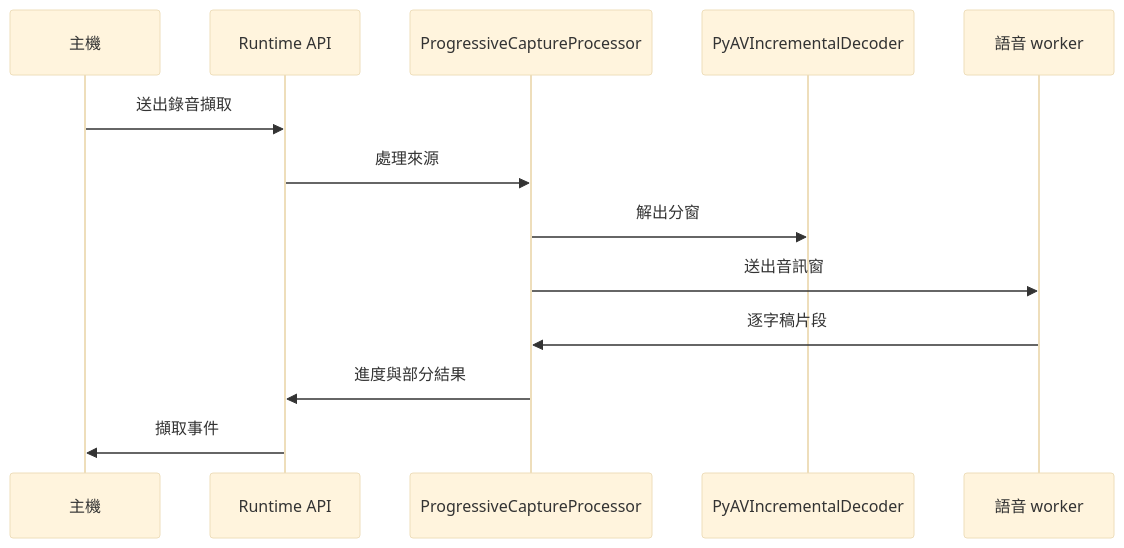
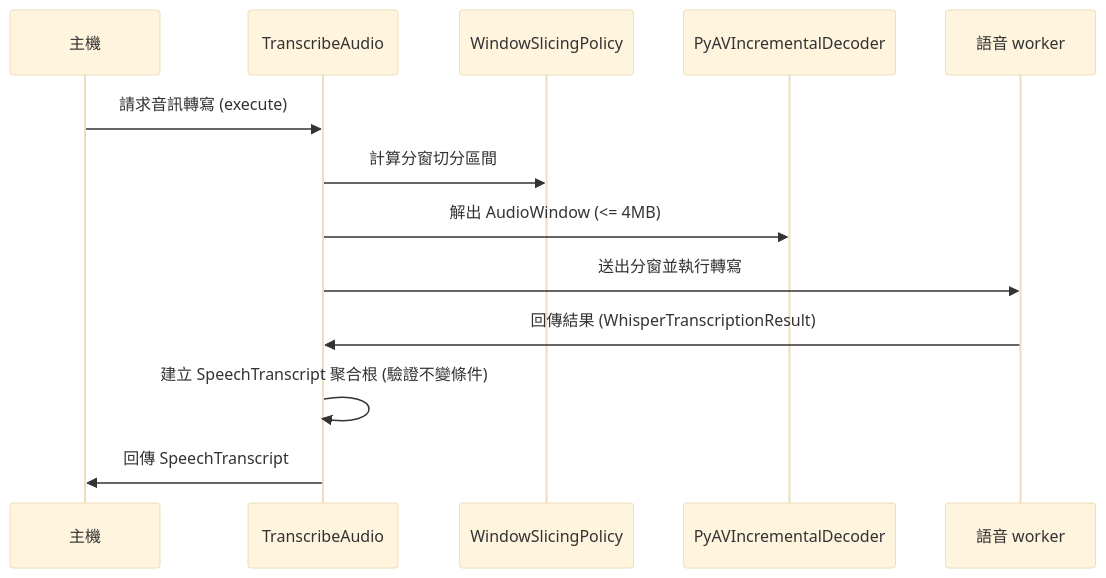
Before and after one commit to gx-capture/capture-workbench: the second of 2 diagrams in docs/domain/speech.md, drawn with Mermaid (base theme). The commit also changed other lines of this file and 15 other files, not shown here.

Commit message:
refactor(runtime): establish speech transcription domain and use cases (W6)

````diff
--- a/docs/domain/speech.md
+++ b/docs/domain/speech.md
@@ -26,15 +78,15 @@
 ```mermaid
 sequenceDiagram
   participant Host as 主機
-  participant API as Runtime API
-  participant Processor as ProgressiveCaptureProcessor
+  participant App as TranscribeAudio
+  participant Policy as WindowSlicingPolicy
   participant Decoder as PyAVIncrementalDecoder
   participant Worker as 語音 worker
-  Host->>API: 送出錄音擷取
-  API->>Processor: 處理來源
-  Processor->>Decoder: 解出分窗
-  Processor->>Worker: 送出音訊窗
-  Worker->>Processor: 逐字稿片段
-  Processor->>API: 進度與部分結果
-  API->>Host: 擷取事件
+  Host->>App: 請求音訊轉寫 (execute)
+  App->>Policy: 計算分窗切分區間
+  App->>Decoder: 解出 AudioWindow (<= 4MB)
+  App->>Worker: 送出分窗並執行轉寫
+  Worker->>App: 回傳結果 (WhisperTranscriptionResult)
+  App->>App: 建立 SpeechTranscript 聚合根 (驗證不變條件)
+  App->>Host: 回傳 SpeechTranscript
 ```
````
